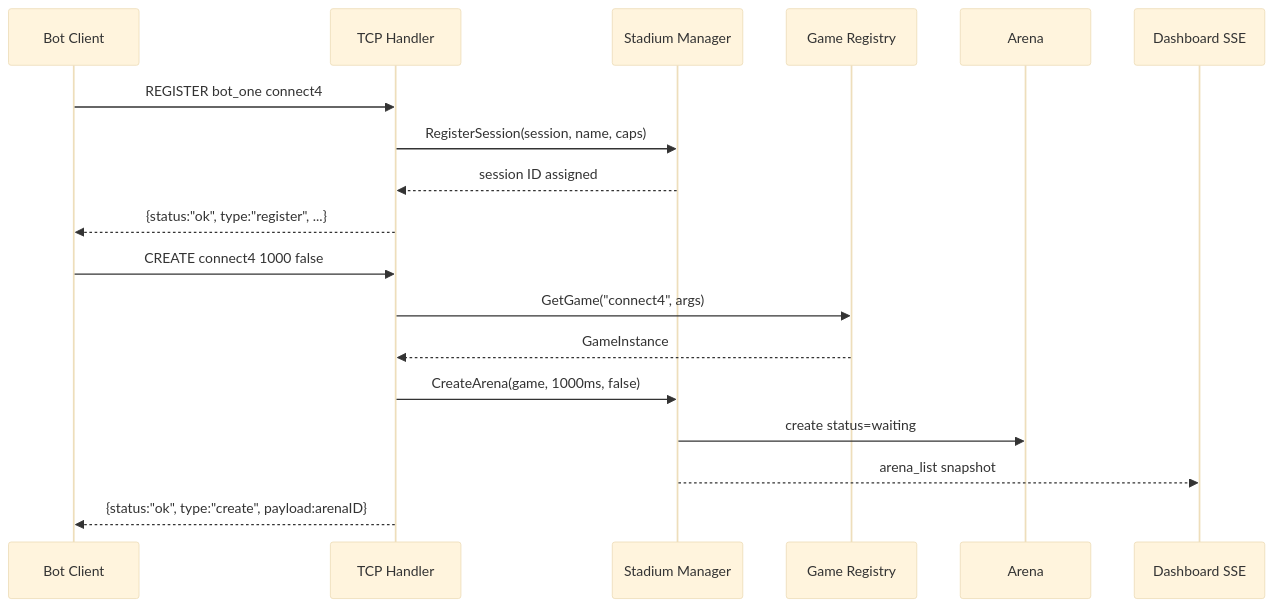
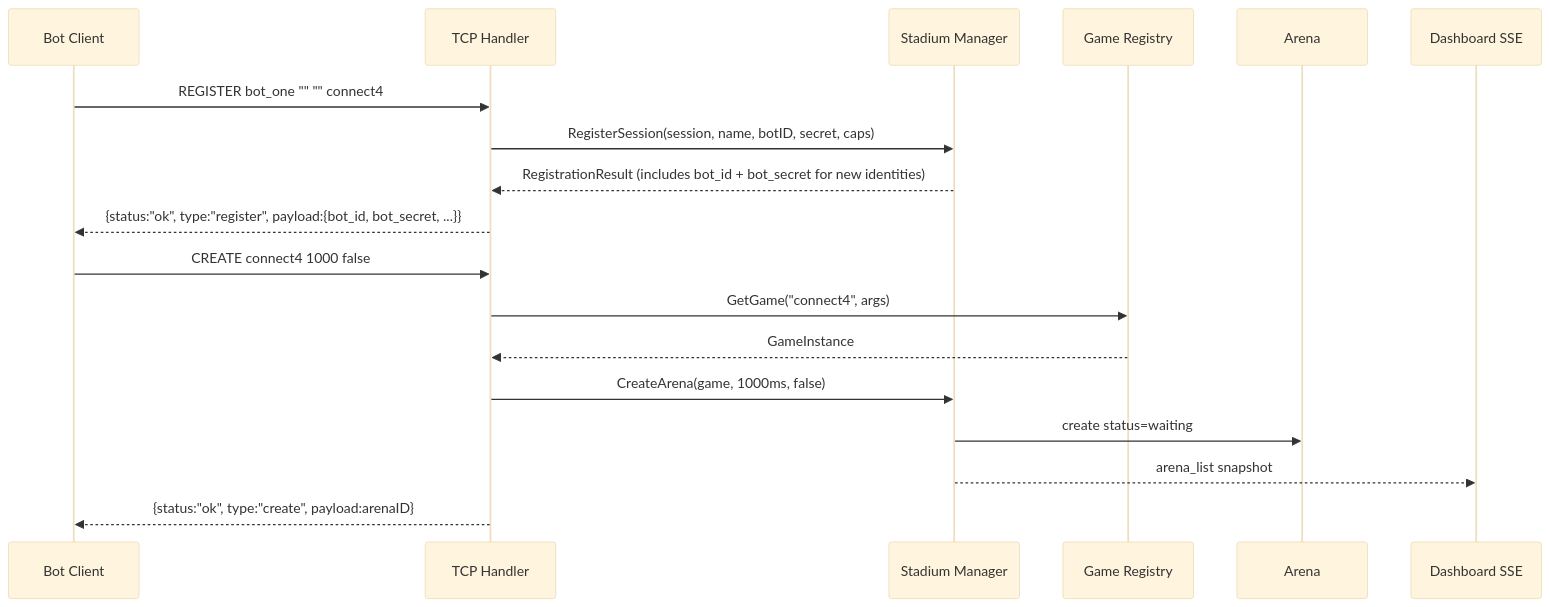
One commit to JonKirkpatrick/bbs changed the second of 5 diagrams in ARCHITECTURE.md. Above: the diagram before and after it, drawn with Mermaid (base theme). The commit also changed other lines of this file and 7 other files, not shown here.

````diff
--- a/ARCHITECTURE.md
+++ b/ARCHITECTURE.md
@@ -131,22 +145,22 @@
 ```mermaid
 sequenceDiagram
     participant Bot as Bot Client
     participant TCP as TCP Handler
     participant M as Stadium Manager
     participant R as Game Registry
     participant A as Arena
     participant D as Dashboard SSE
 
-    Bot->>TCP: REGISTER bot_one connect4
-    TCP->>M: RegisterSession(session, name, caps)
-    M-->>TCP: session ID assigned
-    TCP-->>Bot: {status:"ok", type:"register", ...}
+    Bot->>TCP: REGISTER bot_one "" "" connect4
+    TCP->>M: RegisterSession(session, name, botID, secret, caps)
+    M-->>TCP: RegistrationResult (includes bot_id + bot_secret for new identities)
+    TCP-->>Bot: {status:"ok", type:"register", payload:{bot_id, bot_secret, ...}}
 
     Bot->>TCP: CREATE connect4 1000 false
     TCP->>R: GetGame("connect4", args)
     R-->>TCP: GameInstance
     TCP->>M: CreateArena(game, 1000ms, false)
     M->>A: create status=waiting
     M-->>D: arena_list snapshot
     TCP-->>Bot: {status:"ok", type:"create", payload:arenaID}
 ```
````
